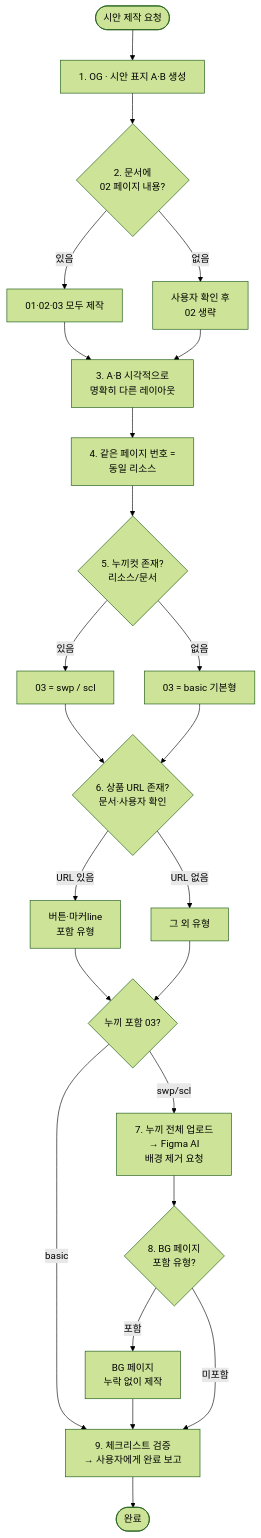
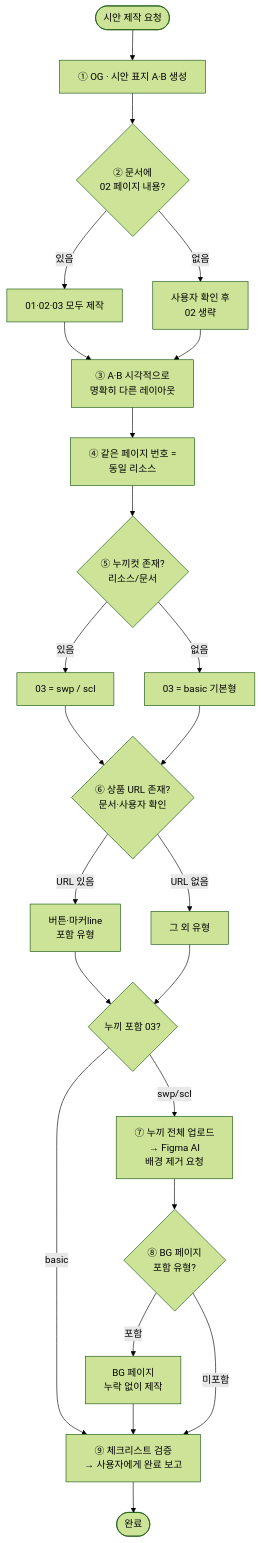
One commit to CdBd-in/cdbd-design-service changed the diagram in 룩북/1. 제작 프로세스/1-2. 시안.md. Above: the diagram before and after it, drawn with Mermaid (forest theme). The commit also changed 1 other file, not shown here.

Commit message:
vault backup: 2026-06-01 15:45:18

````diff
--- a/룩북/1. 제작 프로세스/1-2. 시안.md
+++ b/룩북/1. 제작 프로세스/1-2. 시안.md
@@ -76,36 +76,36 @@
 ```mermaid
 flowchart TD
     Start(["시안 제작 요청"])
-    S1["1. OG · 시안 표지 A·B 생성"]
-    S2{"2. 문서에<br>02 페이지 내용?"}
+    S1["① OG · 시안 표지 A·B 생성"]
+    S2{"② 문서에<br>02 페이지 내용?"}
     S2y["01·02·03 모두 제작"]
     S2n["사용자 확인 후<br>02 생략"]
-    S3["3. A·B 시각적으로<br>명확히 다른 레이아웃"]
-    S4["4. 같은 페이지 번호 =<br>동일 리소스"]
-    S5{"5. 누끼컷 존재?<br>리소스/문서"}
+    S3["③ A·B 시각적으로<br>명확히 다른 레이아웃"]
+    S4["④ 같은 페이지 번호 =<br>동일 리소스"]
+    S5{"⑤ 누끼컷 존재?<br>리소스/문서"}
     S5y["03 = swp / scl"]
     S5n["03 = basic 기본형"]
-    S6{"6. 상품 URL 존재?<br>문서·사용자 확인"}
+    S6{"⑥ 상품 URL 존재?<br>문서·사용자 확인"}
     S6y["버튼·마커line<br>포함 유형"]
     S6n["그 외 유형"]
     Sw{"누끼 포함 03?"}
-    S7["7. 누끼 전체 업로드<br>→ Figma AI<br>배경 제거 요청"]
-    S8{"8. BG 페이지<br>포함 유형?"}
+    S7["⑦ 누끼 전체 업로드<br>→ Figma AI<br>배경 제거 요청"]
+    S8{"⑧ BG 페이지<br>포함 유형?"}
     S8y["BG 페이지<br>누락 없이 제작"]
-    S9["9. 체크리스트 검증<br>→ 사용자에게 완료 보고"]
+    S9["⑨ 체크리스트 검증<br>→ 사용자에게 완료 보고"]
     Done(["완료"])
 
     Start --> S1 --> S2
     S2 -- 있음 --> S2y --> S3
     S2 -- 없음 --> S2n --> S3
     S3 --> S4 --> S5
     S5 -- 있음 --> S5y --> S6
     S5 -- 없음 --> S5n --> S6
     S6 -- URL 있음 --> S6y --> Sw
     S6 -- URL 없음 --> S6n --> Sw
     Sw -- swp/scl --> S7 --> S8
     Sw -- basic --> S9
     S8 -- 포함 --> S8y --> S9
     S8 -- 미포함 --> S9
     S9 --> Done
 ```
````
